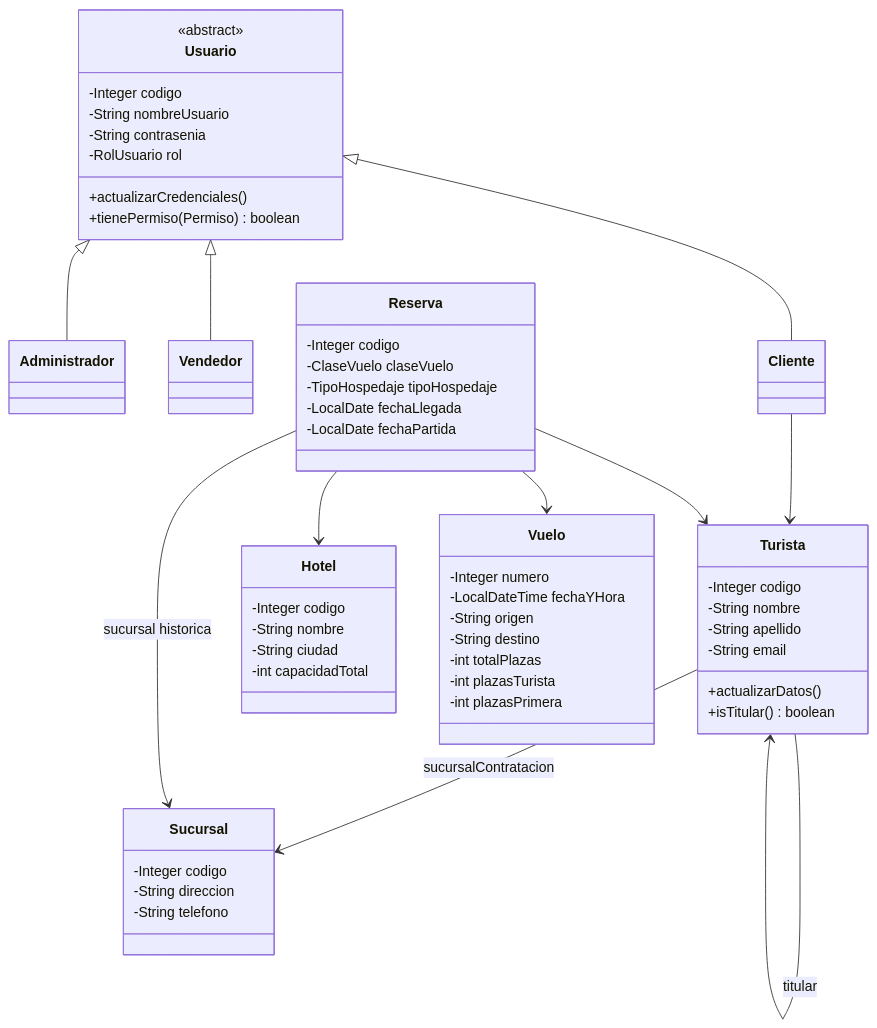
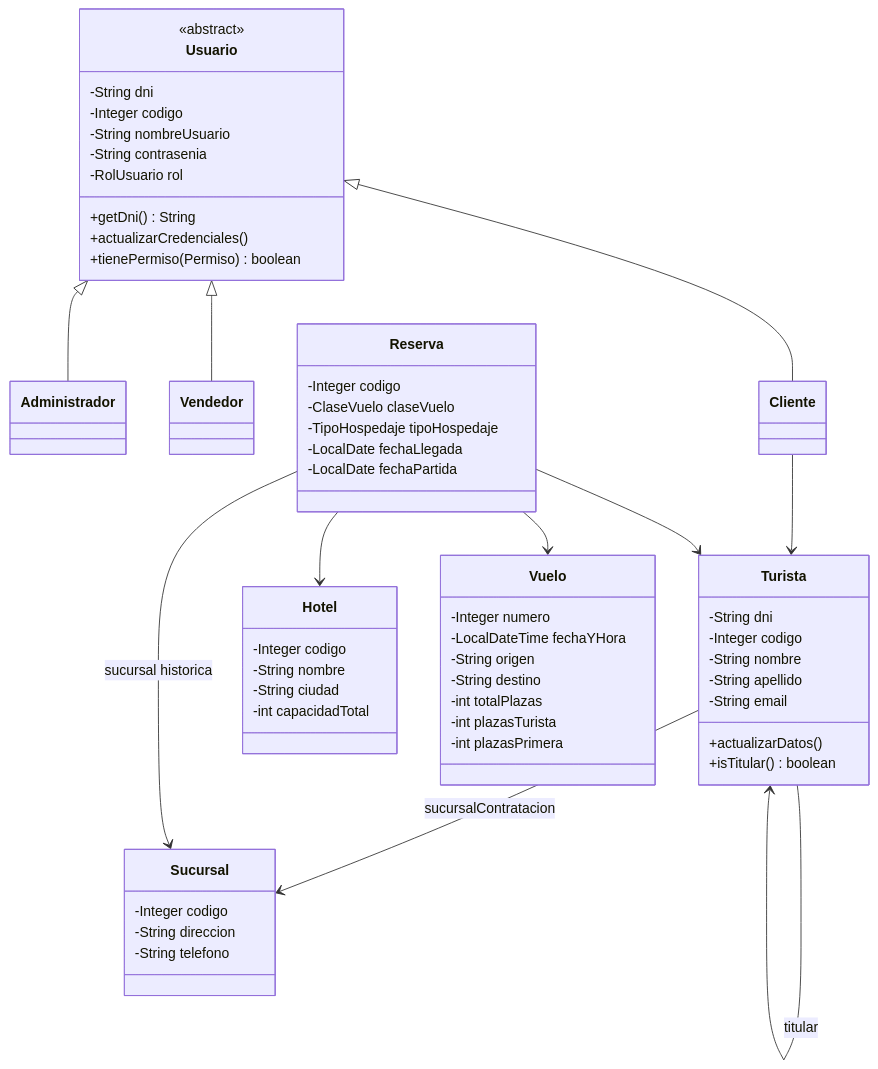
One commit to migmik/TPPrograII changed the second of 3 diagrams in docs/uml-tijetravel.md. Above: the diagram before and after it, drawn with Mermaid. The commit also changed 78 other files, not shown here.

````diff
--- a/docs/uml-tijetravel.md
+++ b/docs/uml-tijetravel.md
@@ -38,61 +38,64 @@
 ```mermaid
 classDiagram
     class Usuario {
+        -String dni
+        +getDni() String
         <<abstract>>
         -Integer codigo
         -String nombreUsuario
         -String contrasenia
         -RolUsuario rol
         +actualizarCredenciales()
         +tienePermiso(Permiso) boolean
     }
     class Administrador
     class Vendedor
     class Cliente
     class Turista {
+        -String dni
         -Integer codigo
         -String nombre
         -String apellido
         -String email
         +actualizarDatos()
         +isTitular() boolean
     }
     class Sucursal {
         -Integer codigo
         -String direccion
         -String telefono
     }
     class Hotel {
         -Integer codigo
         -String nombre
         -String ciudad
         -int capacidadTotal
     }
     class Vuelo {
         -Integer numero
         -LocalDateTime fechaYHora
         -String origen
         -String destino
         -int totalPlazas
         -int plazasTurista
         -int plazasPrimera
     }
     class Reserva {
         -Integer codigo
         -ClaseVuelo claseVuelo
         -TipoHospedaje tipoHospedaje
         -LocalDate fechaLlegada
         -LocalDate fechaPartida
     }
 
     Usuario <|-- Administrador
     Usuario <|-- Vendedor
     Usuario <|-- Cliente
     Cliente --> Turista
     Turista --> Sucursal : sucursalContratacion
     Turista --> Turista : titular
     Reserva --> Turista
     Reserva --> Sucursal : sucursal historica
     Reserva --> Vuelo
     Reserva --> Hotel
 ```
````
